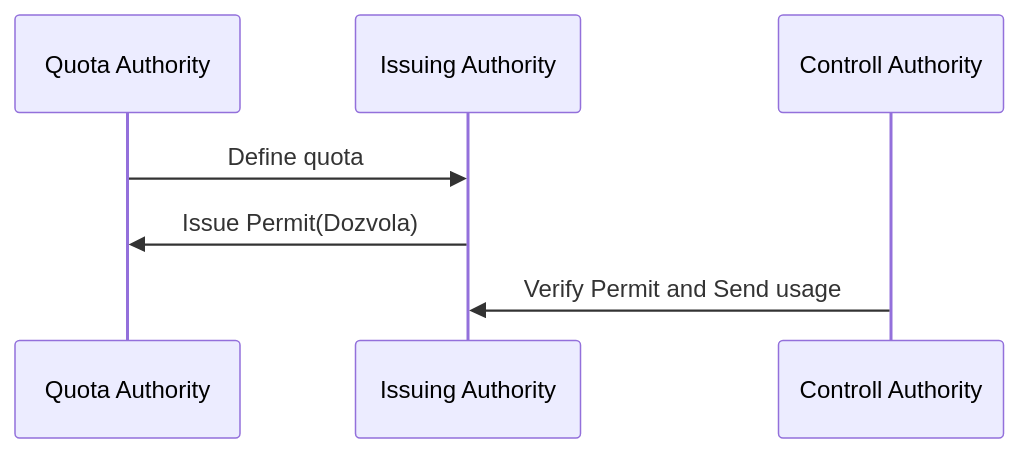
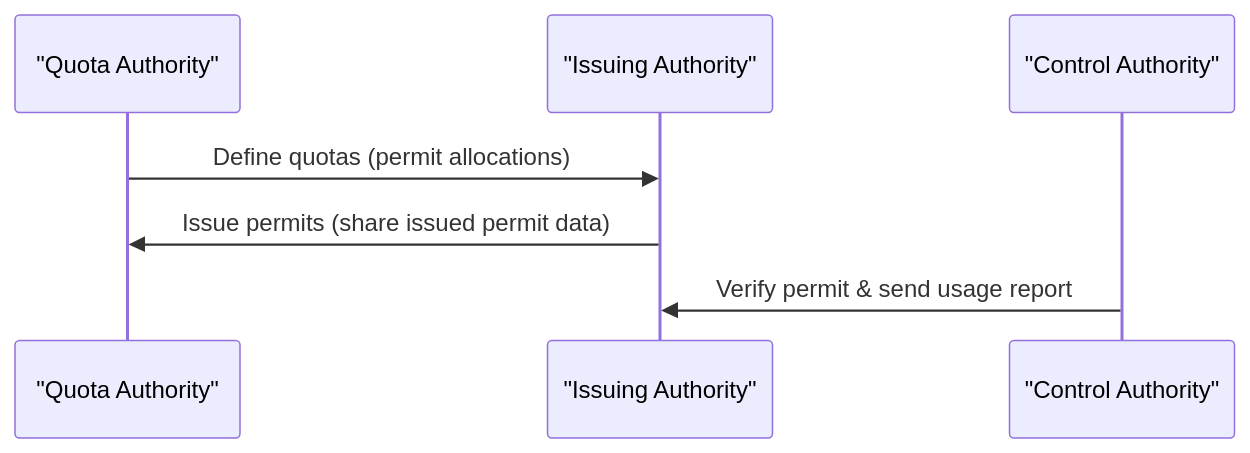
The diagram in README.md (e-permit/e-permit.github.io), drawn with Mermaid before and after one commit. The commit also changed other lines of this file, not shown here.

````diff
--- a/README.md
+++ b/README.md
@@ -42,10 +204,10 @@
 ```mermaid
-sequenceDiagram    
-    participant Quota Authority
-    participant Issuing Authority
-    participant Controll Authority
+sequenceDiagram
+    participant QuotaAuthority as "Quota Authority"
+    participant IssuingAuthority as "Issuing Authority"
+    participant ControlAuthority as "Control Authority"
 
-    Quota Authority->>Issuing Authority: Define quota 
-    Issuing Authority->>Quota Authority: Issue Permit(Dozvola)
-    Controll Authority->>Issuing Authority: Verify Permit and Send usage 
+    QuotaAuthority->>IssuingAuthority: Define quotas (permit allocations)
+    IssuingAuthority->>QuotaAuthority: Issue permits (share issued permit data)
+    ControlAuthority->>IssuingAuthority: Verify permit & send usage report
 ```
````
